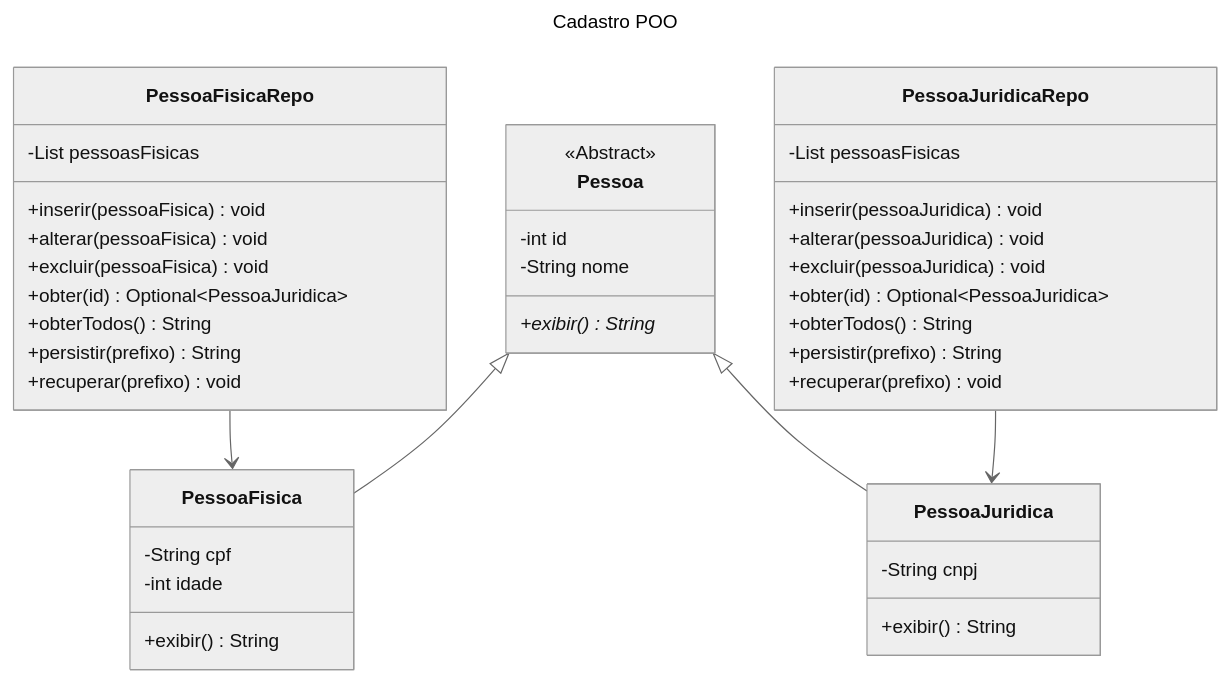
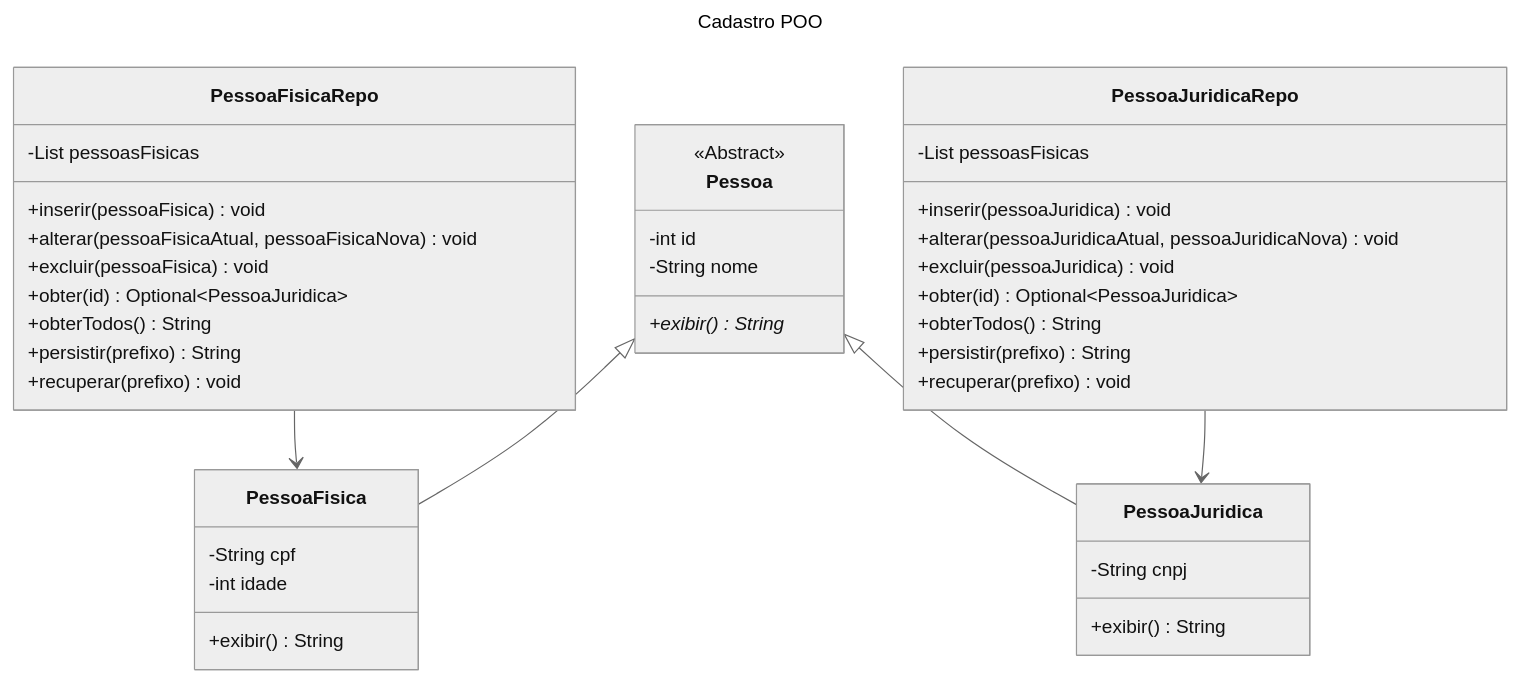
One commit to luizmarinhojr/cadastro-poo changed the diagram in README.md. Above: the diagram before and after it, drawn with Mermaid (neutral theme).

````diff
--- a/README.md
+++ b/README.md
@@ -22,49 +22,49 @@
 ```mermaid
 ---
 title: Cadastro POO
 ---
 
 classDiagram
     direction TB
     class Pessoa
     class PessoaFisica
     class PessoaJuridica
     class PessoaFisicaRepo
     class PessoaJuridicaRepo
     
     PessoaFisicaRepo --> PessoaFisica
     PessoaJuridicaRepo --> PessoaJuridica
     Pessoa <|-- PessoaFisica
     Pessoa <|-- PessoaJuridica
     
     
     <<Abstract>> Pessoa
     Pessoa : -int id
     Pessoa : -String nome
     Pessoa : +exibir()* String
     
     PessoaFisica : -String cpf
     PessoaFisica : -int idade
     PessoaFisica : +exibir() String
     
     PessoaJuridica : -String cnpj
     PessoaJuridica : +exibir() String
     
     PessoaFisicaRepo : -List<PessoaFisica> pessoasFisicas
     PessoaFisicaRepo : +inserir(pessoaFisica) void
-    PessoaFisicaRepo : +alterar(pessoaFisica) void
+    PessoaFisicaRepo : +alterar(pessoaFisicaAtual, pessoaFisicaNova) void
     PessoaFisicaRepo : +excluir(pessoaFisica) void
     PessoaFisicaRepo : +obter(id) Optional~PessoaJuridica~
     PessoaFisicaRepo : +obterTodos() String
     PessoaFisicaRepo : +persistir(prefixo) String
     PessoaFisicaRepo : +recuperar(prefixo) void
     
     PessoaJuridicaRepo : -List<PessoaJuridica> pessoasFisicas
     PessoaJuridicaRepo : +inserir(pessoaJuridica) void
-    PessoaJuridicaRepo : +alterar(pessoaJuridica) void
+    PessoaJuridicaRepo : +alterar(pessoaJuridicaAtual, pessoaJuridicaNova) void
     PessoaJuridicaRepo : +excluir(pessoaJuridica) void
     PessoaJuridicaRepo : +obter(id) Optional~PessoaJuridica~
     PessoaJuridicaRepo : +obterTodos() String
     PessoaJuridicaRepo : +persistir(prefixo) String
     PessoaJuridicaRepo : +recuperar(prefixo) void
 ```
````
